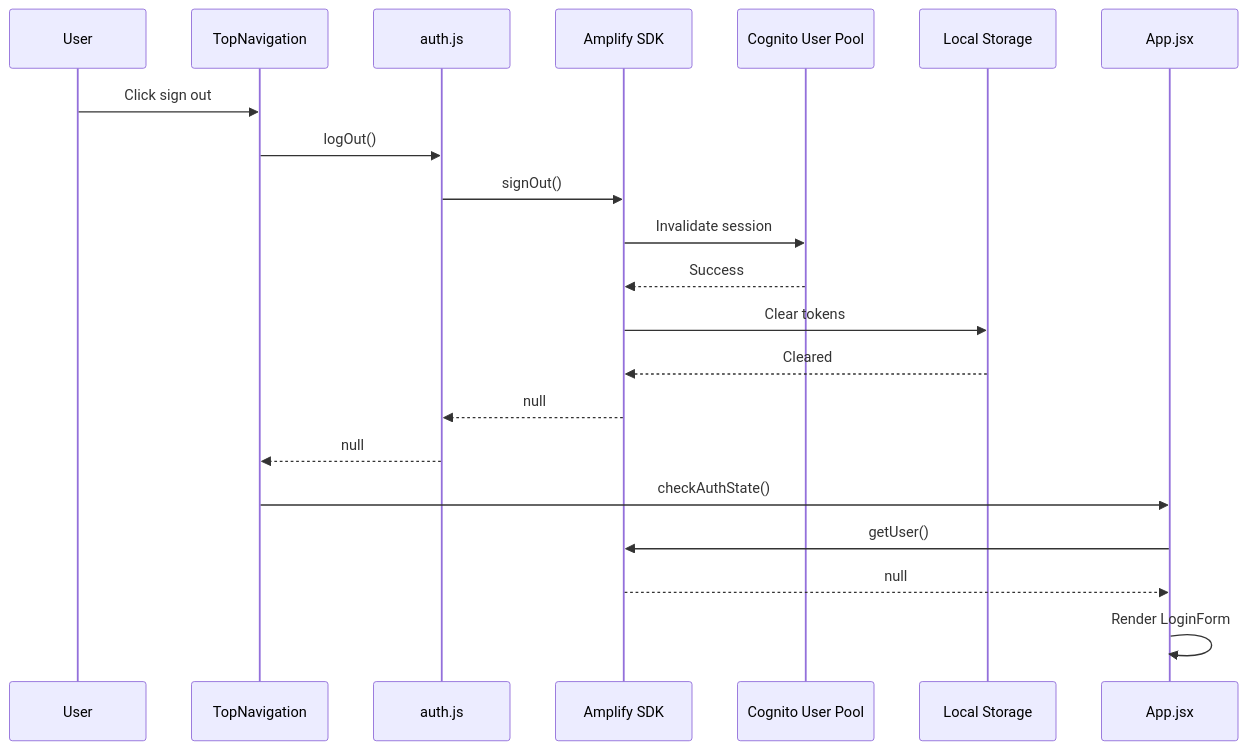
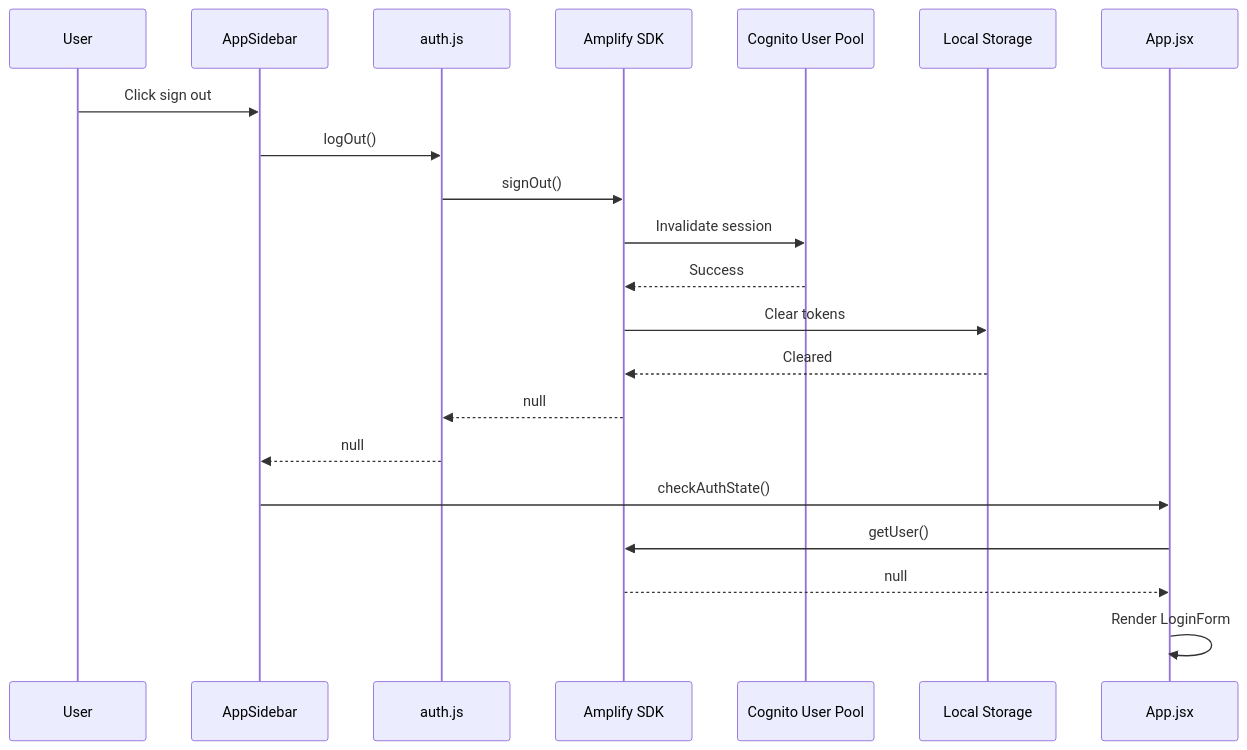
The fifth of 5 diagrams in docs/authentication.md (awslabs/threat-designer), drawn with Mermaid before and after one commit. The commit also changed other lines of this file and 68 other files, not shown here.

````diff
--- a/docs/authentication.md
+++ b/docs/authentication.md
@@ -404,24 +404,24 @@
 ```mermaid
 sequenceDiagram
     participant User
-    participant Nav as TopNavigation
+    participant Sidebar as AppSidebar
     participant Auth as auth.js
     participant Amplify as Amplify SDK
     participant Cognito as Cognito User Pool
     participant Storage as Local Storage
     participant App as App.jsx
 
-    User->>Nav: Click sign out
-    Nav->>Auth: logOut()
+    User->>Sidebar: Click sign out
+    Sidebar->>Auth: logOut()
     Auth->>Amplify: signOut()
     Amplify->>Cognito: Invalidate session
     Cognito-->>Amplify: Success
     Amplify->>Storage: Clear tokens
     Storage-->>Amplify: Cleared
     Amplify-->>Auth: null
-    Auth-->>Nav: null
-    Nav->>App: checkAuthState()
+    Auth-->>Sidebar: null
+    Sidebar->>App: checkAuthState()
     App->>Amplify: getUser()
     Amplify-->>App: null
     App->>App: Render LoginForm
 ```
````
